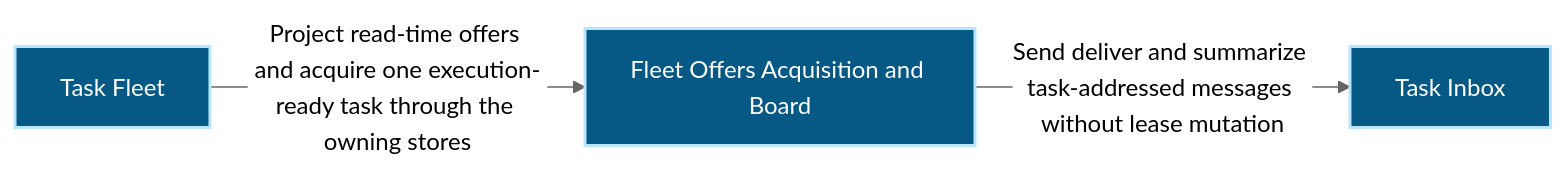
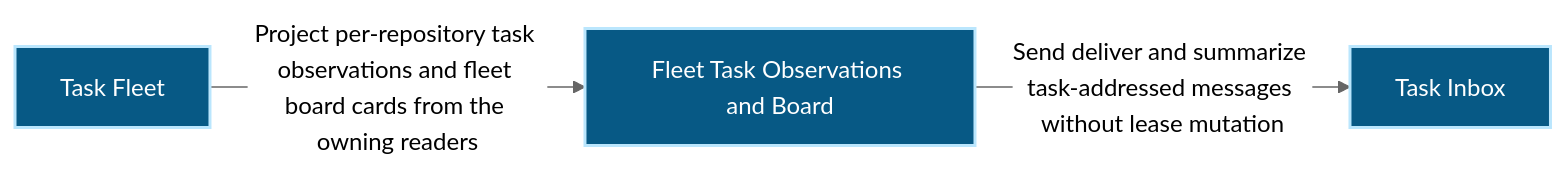
One commit to Ancienttwo/repo-harness changed the first of 2 diagrams in docs/architecture/modules/organization/task-fleet.md. Above: the diagram before and after it, drawn with Mermaid (neutral theme). The commit also changed other lines of this file and 15 other files, not shown here.

Commit message:
docs(architecture): project slice B and drop retired PM and delegated-run entries

````diff
--- a/docs/architecture/modules/organization/task-fleet.md
+++ b/docs/architecture/modules/organization/task-fleet.md
@@ -16,12 +16,12 @@
 ```mermaid
 flowchart LR
   p1_capability_organization_task_fleet_134b5125["Task Fleet"]:::component
-  p1_component_task_fleet_primary_77e10674["Fleet Offers Acquisition and Board"]:::component
+  p1_component_task_fleet_primary_77e10674["Fleet Task Observations and Board"]:::component
   p1_component_task_fleet_task_inbox_b42db72f["Task Inbox"]:::component
-  p1_capability_organization_task_fleet_134b5125 -->|"Project read-time offers and acquire one execution-ready task through the owning stores"| p1_component_task_fleet_primary_77e10674
+  p1_capability_organization_task_fleet_134b5125 -->|"Project per-repository task observations and fleet board cards from the owning readers"| p1_component_task_fleet_primary_77e10674
   p1_component_task_fleet_primary_77e10674 -->|"Send deliver and summarize task-addressed messages without lease mutation"| p1_component_task_fleet_task_inbox_b42db72f
   classDef actor fill:#111827,color:#ffffff,stroke:#f9fafb,stroke-width:2px
   classDef component fill:#075985,color:#ffffff,stroke:#bae6fd,stroke-width:2px
   classDef datastore fill:#3f6212,color:#ffffff,stroke:#d9f99d,stroke-width:2px
   classDef external fill:#7c2d12,color:#ffffff,stroke:#fed7aa,stroke-width:2px
 ```
````
